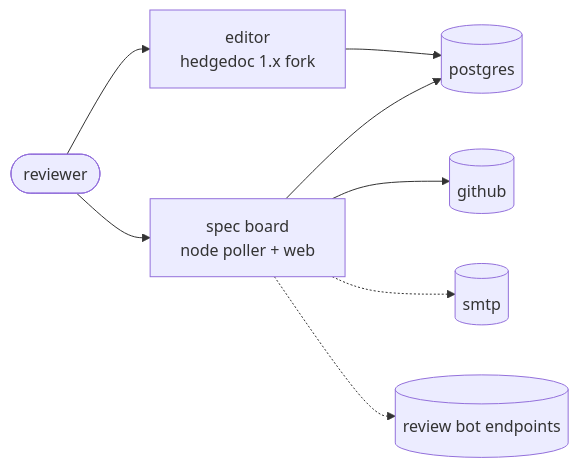
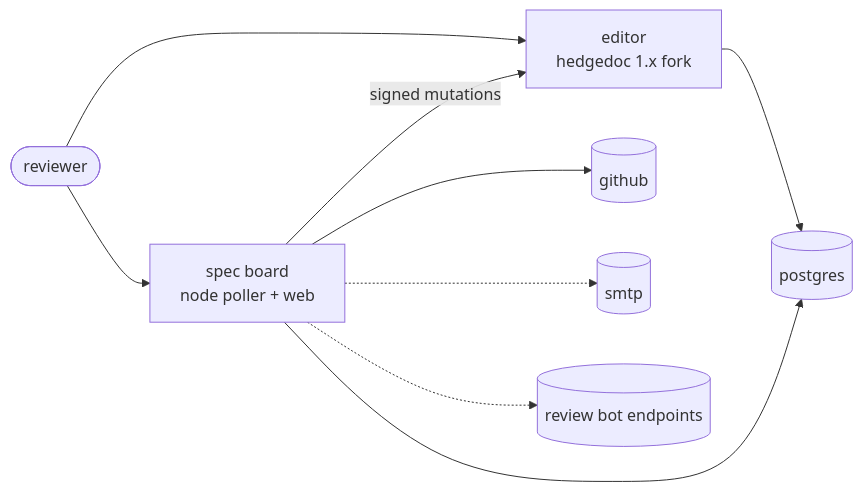
Before and after one commit to pfeifferj/specdoc: the diagram in docs/architecture.md, drawn with Mermaid. The commit also changed other lines of this file and 49 other files, not shown here.

First line of the commit message:
feat(spec-board): write notes through the editor's signed mutation API

````diff
--- a/docs/architecture.md
+++ b/docs/architecture.md
@@ -5,10 +5,11 @@
 ```mermaid
 flowchart LR
   user([reviewer]) --> editor
   user --> board
   editor[editor<br/>hedgedoc 1.x fork] --> pg[(postgres)]
   board[spec board<br/>node poller + web] --> pg
+  board -->|signed mutations| editor
   board --> gh[(github)]
   board -.-> smtp[(smtp)]
   board -.-> bots[(review bot endpoints)]
 ```
````
